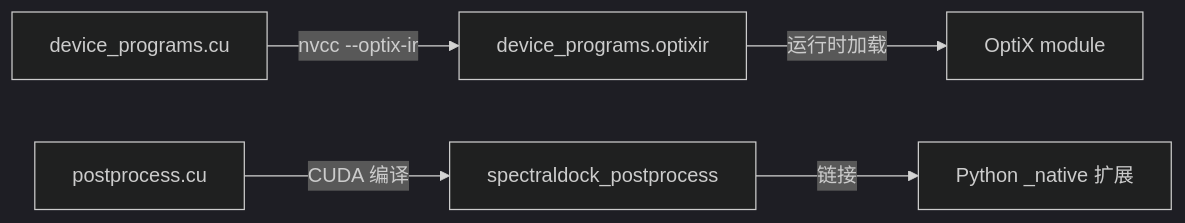
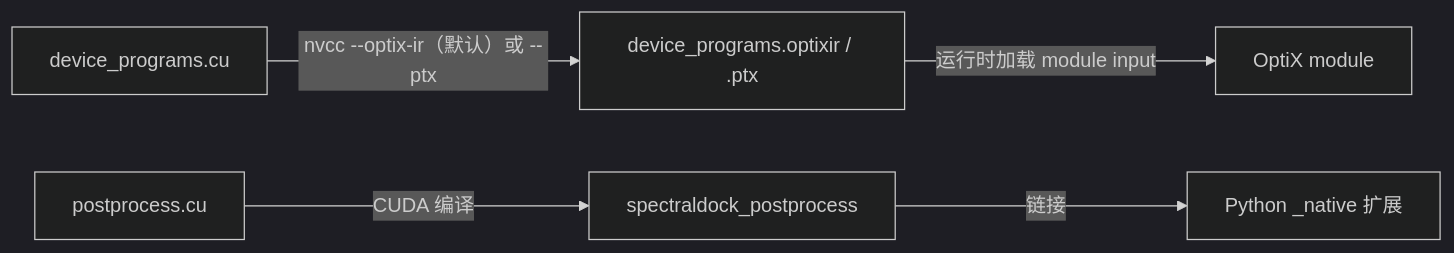
Before and after one commit to goooxu/SpectralDock: the first of 2 diagrams in docs/technical-report/08-optix-gpu-implementation.md, drawn with Mermaid (dark theme). The commit also changed other lines of this file and 44 other files, not shown here.

```diff
--- a/docs/technical-report/08-optix-gpu-implementation.md
+++ b/docs/technical-report/08-optix-gpu-implementation.md
@@ -23,7 +23,7 @@
 ~~~mermaid
 flowchart LR
-    A["device_programs.cu"] -->|"nvcc --optix-ir"| B["device_programs.optixir"]
-    B -->|"运行时加载"| C["OptiX module"]
+    A["device_programs.cu"] -->|"nvcc --optix-ir（默认）或 --ptx"| B["device_programs.optixir / .ptx"]
+    B -->|"运行时加载 module input"| C["OptiX module"]
     D["postprocess.cu"] -->|"CUDA 编译"| E["spectraldock_postprocess"]
     E -->|"链接"| F["Python _native 扩展"]
 ~~~
```
